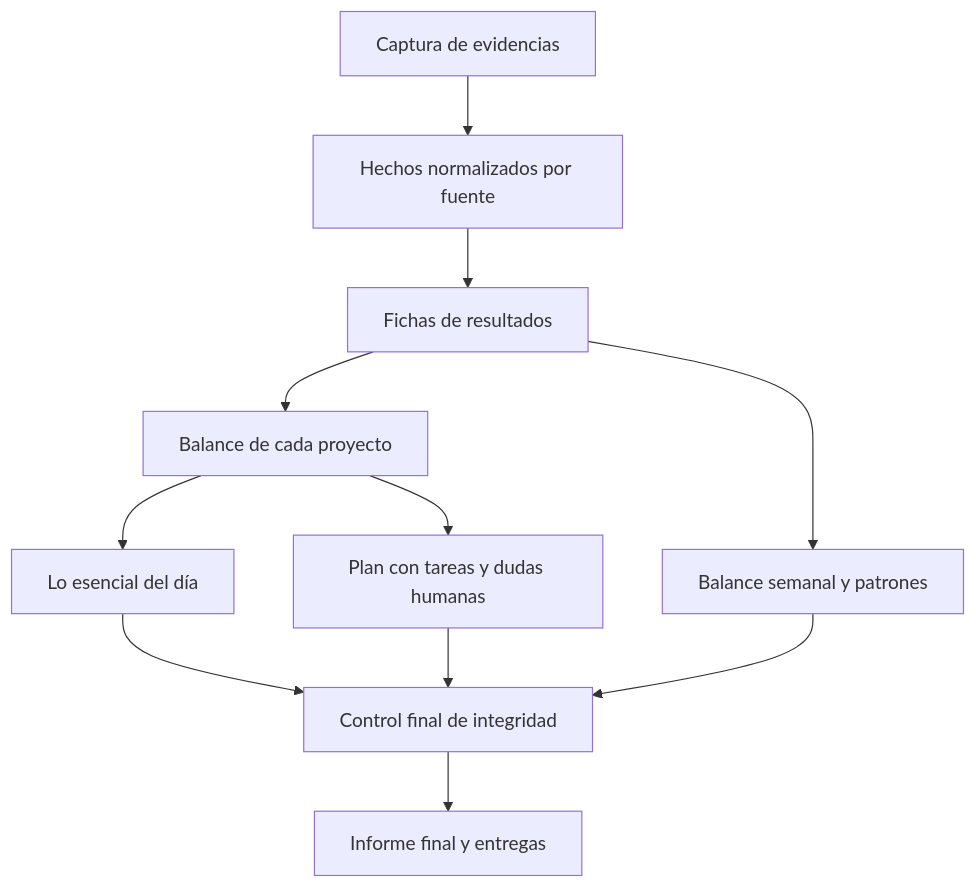
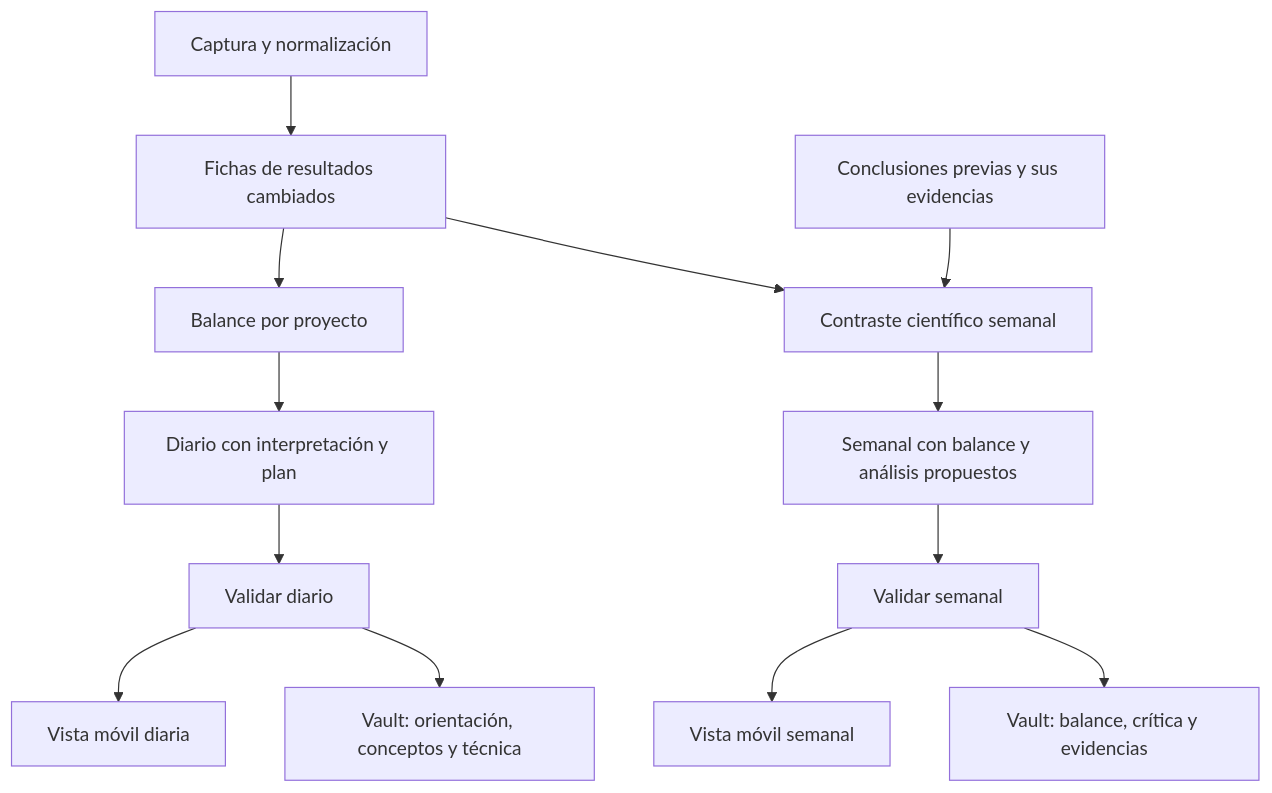
One commit to Asn4code/daily-digest changed the diagram in docs/HIERARCHICAL_DIGEST.md. Above: the diagram before and after it, drawn with Mermaid. The commit also changed other lines of this file and 5 other files, not shown here.

````diff
--- a/docs/HIERARCHICAL_DIGEST.md
+++ b/docs/HIERARCHICAL_DIGEST.md
@@ -47,13 +100,15 @@
 ```mermaid
 flowchart TD
-    A[Captura de evidencias] --> B[Hechos normalizados por fuente]
-    B --> C[Fichas de resultados]
-    C --> D[Balance de cada proyecto]
-    D --> E[Lo esencial del día]
-    D --> F[Plan con tareas y dudas humanas]
-    C --> G[Balance semanal y patrones]
-    E --> H[Control final de integridad]
-    F --> H
-    G --> H
-    H --> I[Informe final y entregas]
+    A[Captura y normalización] --> B[Fichas de resultados cambiados]
+    B --> C[Balance por proyecto]
+    C --> D[Diario con interpretación y plan]
+    B --> E[Contraste científico semanal]
+    P[Conclusiones previas y sus evidencias] --> E
+    E --> F[Semanal con balance y análisis propuestos]
+    D --> VD[Validar diario]
+    F --> VS[Validar semanal]
+    VD --> MD[Vista móvil diaria]
+    VD --> OD[Vault: orientación, conceptos y técnica]
+    VS --> MS[Vista móvil semanal]
+    VS --> OS[Vault: balance, crítica y evidencias]
 ```
````
